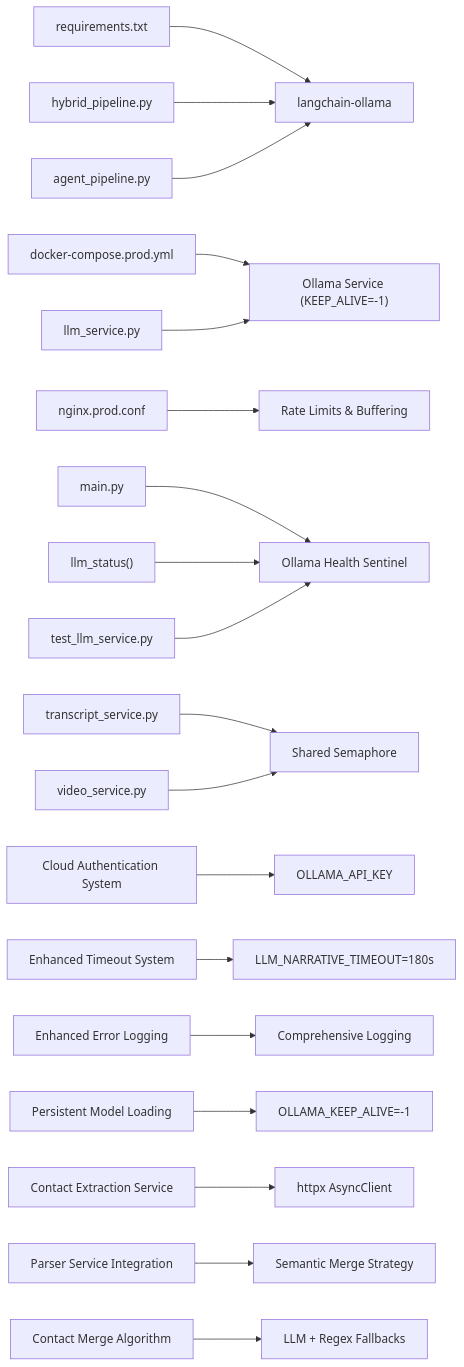
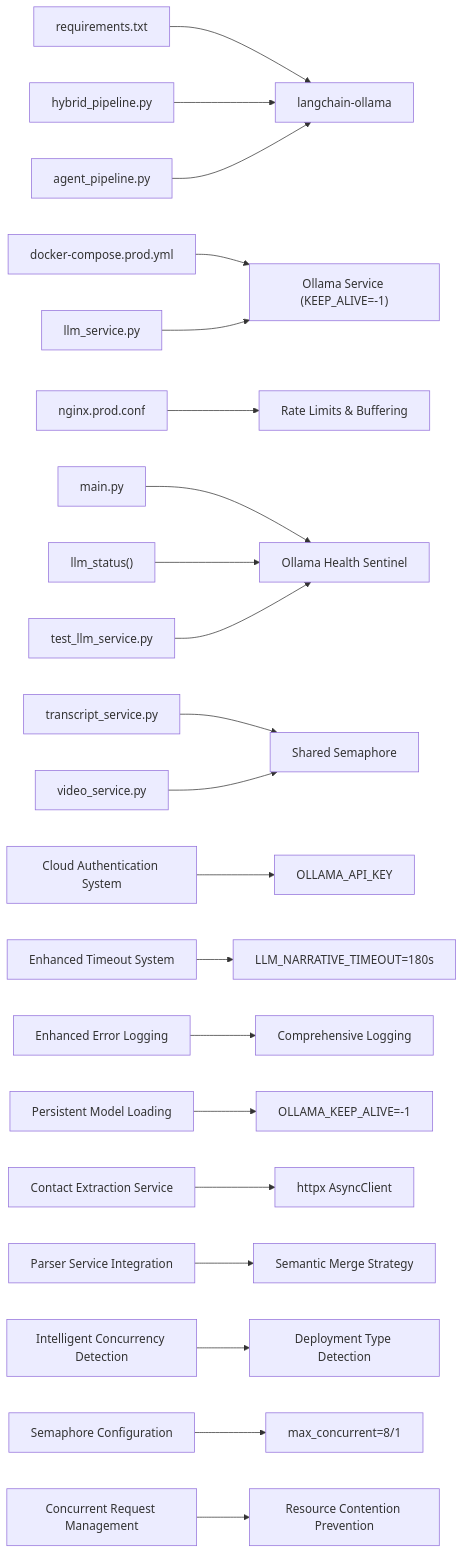
Diagram 18 of 18 in .qoder/repowiki/en/content/Analysis Engine/LLM Service Integration.md (Revanththetalogics/aireume), drawn with Mermaid before and after one commit. The commit also changed other lines of this file and 6 other files, not shown here.

````diff
--- a/.qoder/repowiki/en/content/Analysis Engine/LLM Service Integration.md
+++ b/.qoder/repowiki/en/content/Analysis Engine/LLM Service Integration.md
@@ -934,21 +1011,23 @@
 ```mermaid
 graph LR
 A["requirements.txt"] --> B["langchain-ollama"]
 C["docker-compose.prod.yml"] --> D["Ollama Service (KEEP_ALIVE=-1)"]
 E["nginx.prod.conf"] --> F["Rate Limits & Buffering"]
 G["hybrid_pipeline.py"] --> B
 H["llm_service.py"] --> D
 I["agent_pipeline.py"] --> B
 J["main.py"] --> K["Ollama Health Sentinel"]
 L["llm_status()"] --> K
 M["test_llm_service.py"] --> K
 N["transcript_service.py"] --> O["Shared Semaphore"]
 P["video_service.py"] --> O
 Q["Cloud Authentication System"] --> R["OLLAMA_API_KEY"]
 S["Enhanced Timeout System"] --> T["LLM_NARRATIVE_TIMEOUT=180s"]
 U["Enhanced Error Logging"] --> V["Comprehensive Logging"]
 W["Persistent Model Loading"] --> X["OLLAMA_KEEP_ALIVE=-1"]
 Y["Contact Extraction Service"] --> Z["httpx AsyncClient"]
 AA["Parser Service Integration"] --> BB["Semantic Merge Strategy"]
-CC["Contact Merge Algorithm"] --> DD["LLM + Regex Fallbacks"]
+CC["Intelligent Concurrency Detection"] --> DD["Deployment Type Detection"]
+EE["Semaphore Configuration"] --> FF["max_concurrent=8/1"]
+GG["Concurrent Request Management"] --> HH["Resource Contention Prevention"]
 ```
````
